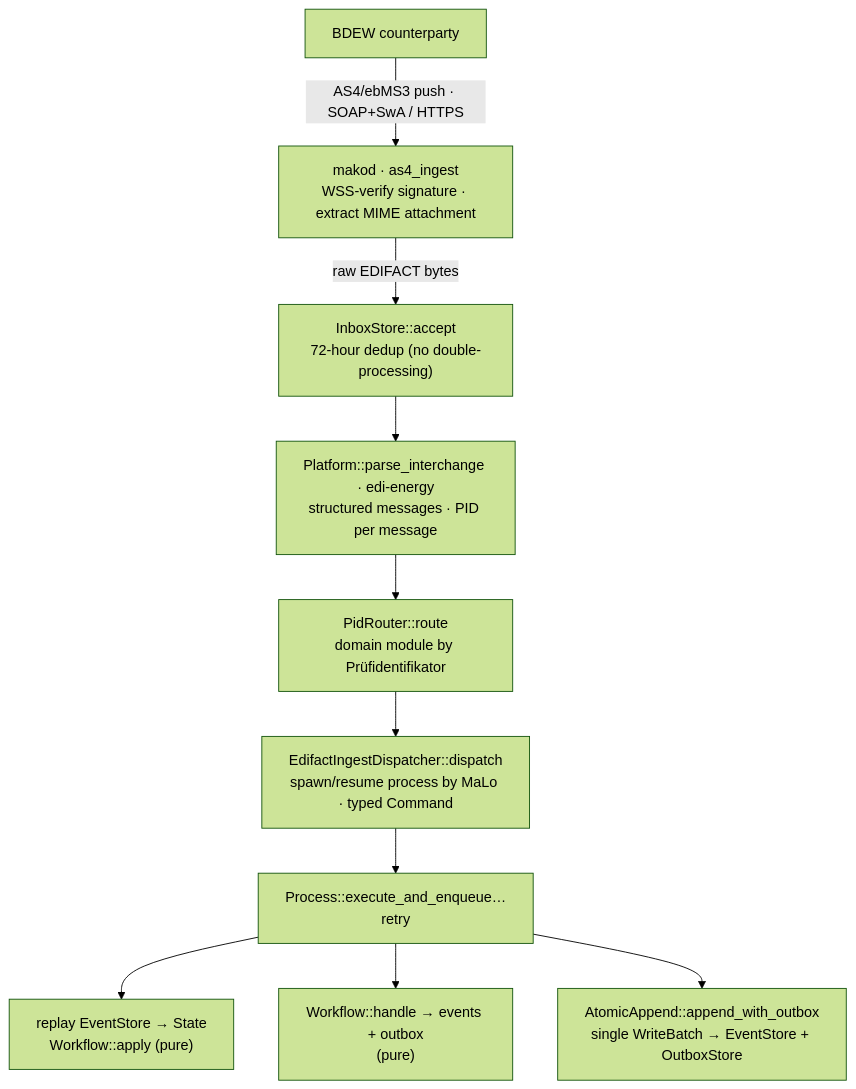
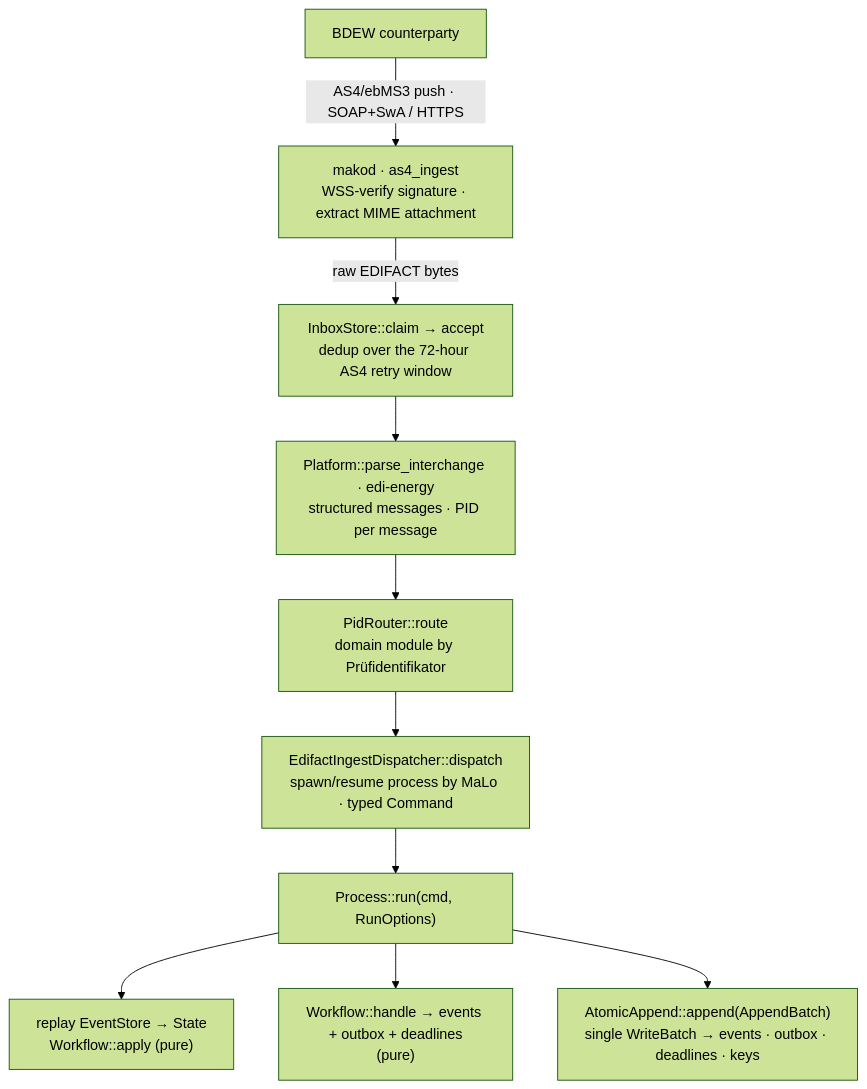
Before and after one commit to hupe1980/mako: the second of 5 diagrams in site/content/docs/architecture/_index.md, drawn with Mermaid (forest theme). The commit also changed other lines of this file and 1091 other files, not shown here.

````diff
--- a/site/content/docs/architecture/_index.md
+++ b/site/content/docs/architecture/_index.md
@@ -143,13 +120,13 @@
 ```mermaid
 graph TD
     A["BDEW counterparty"] -->|"AS4/ebMS3 push · SOAP+SwA / HTTPS"| B
     B["makod · as4_ingest<br/>WSS-verify signature · extract MIME attachment"] -->|"raw EDIFACT bytes"| C
-    C["InboxStore::accept<br/>72-hour dedup (no double-processing)"] --> D
+    C["InboxStore::claim → accept<br/>dedup over the 72-hour AS4 retry window"] --> D
     D["Platform::parse_interchange · edi-energy<br/>structured messages · PID per message"] --> E
     E["PidRouter::route<br/>domain module by Prüfidentifikator"] --> F
     F["EdifactIngestDispatcher::dispatch<br/>spawn/resume process by MaLo · typed Command"] --> G
-    G["Process::execute_and_enqueue…retry"]
+    G["Process::run(cmd, RunOptions)"]
     G --> H1["replay EventStore → State<br/>Workflow::apply (pure)"]
-    G --> H2["Workflow::handle → events + outbox<br/>(pure)"]
-    G --> H3["AtomicAppend::append_with_outbox<br/>single WriteBatch → EventStore + OutboxStore"]
+    G --> H2["Workflow::handle → events + outbox + deadlines<br/>(pure)"]
+    G --> H3["AtomicAppend::append(AppendBatch)<br/>single WriteBatch → events · outbox · deadlines · keys"]
 ```
````
